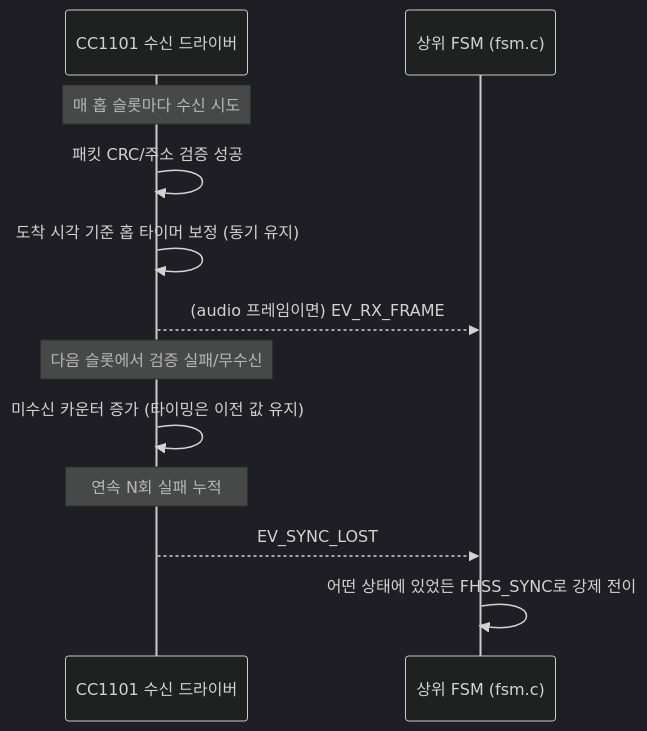
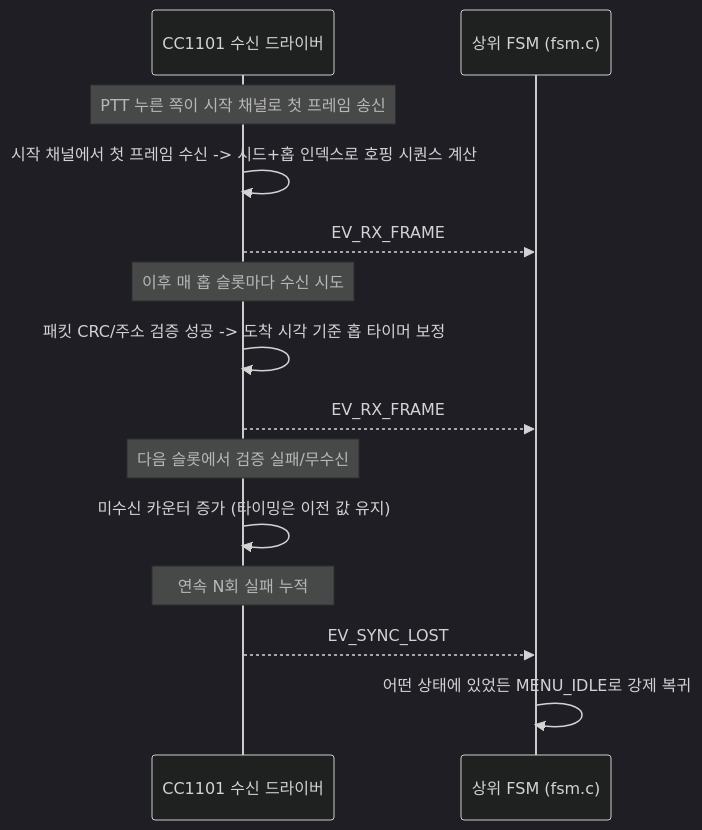
One commit to fhss-ota-radio/firmware-esp32 changed the first of 2 diagrams in fhss-ota-radio/docs/fsm-design.md. Above: the diagram before and after it, drawn with Mermaid (dark theme). The commit also changed other lines of this file and 3 other files, not shown here.

````diff
--- a/fhss-ota-radio/docs/fsm-design.md
+++ b/fhss-ota-radio/docs/fsm-design.md
@@ -60,17 +60,20 @@
 ```mermaid
 sequenceDiagram
     participant Radio as CC1101 수신 드라이버
     participant App as 상위 FSM (fsm.c)
 
-    Note over Radio: 매 홉 슬롯마다 수신 시도
-    Radio->>Radio: 패킷 CRC/주소 검증 성공
-    Radio->>Radio: 도착 시각 기준 홉 타이머 보정 (동기 유지)
-    Radio-->>App: (audio 프레임이면) EV_RX_FRAME
+    Note over Radio: PTT 누른 쪽이 시작 채널로 첫 프레임 송신
+    Radio->>Radio: 시작 채널에서 첫 프레임 수신 -> 시드+홉 인덱스로 호핑 시퀀스 계산
+    Radio-->>App: EV_RX_FRAME
+
+    Note over Radio: 이후 매 홉 슬롯마다 수신 시도
+    Radio->>Radio: 패킷 CRC/주소 검증 성공 -> 도착 시각 기준 홉 타이머 보정
+    Radio-->>App: EV_RX_FRAME
 
     Note over Radio: 다음 슬롯에서 검증 실패/무수신
     Radio->>Radio: 미수신 카운터 증가 (타이밍은 이전 값 유지)
 
     Note over Radio: 연속 N회 실패 누적
     Radio-->>App: EV_SYNC_LOST
-    App->>App: 어떤 상태에 있었든 FHSS_SYNC로 강제 전이
+    App->>App: 어떤 상태에 있었든 MENU_IDLE로 강제 복귀
 ```
````
